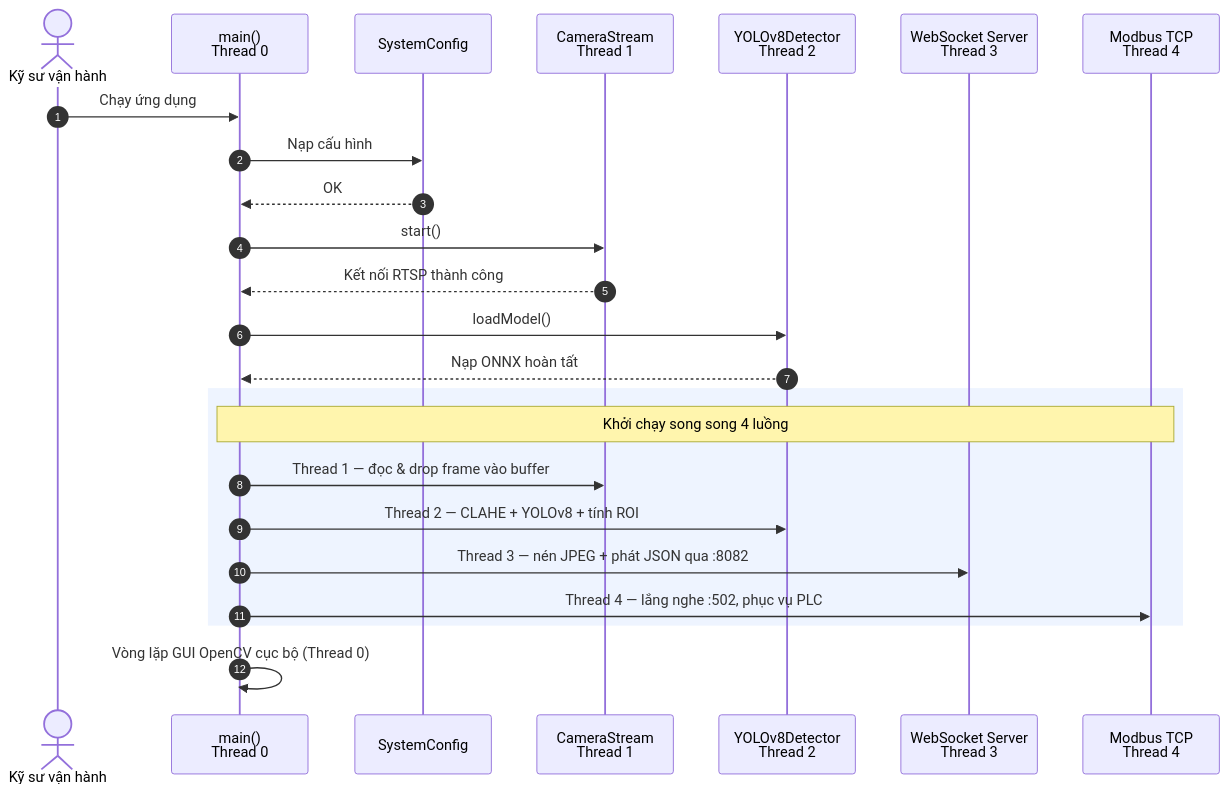
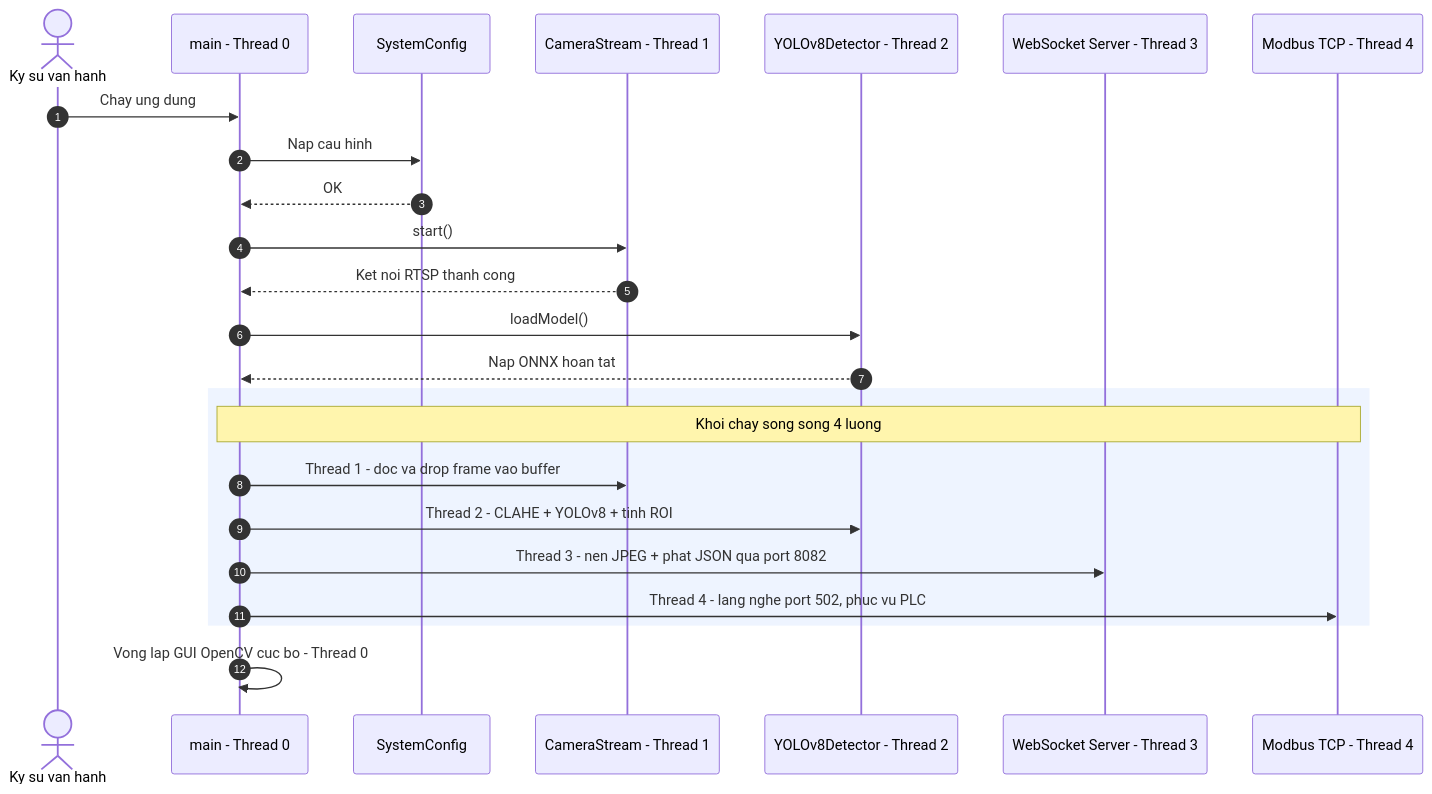
Before and after one commit to duchoang206/Machine-Vision-Tutorial: the third of 4 diagrams in README.md, drawn with Mermaid. The commit also changed other lines of this file, not shown here.

````diff
--- a/README.md
+++ b/README.md
@@ -259,31 +199,31 @@
 ```mermaid
 sequenceDiagram
     autonumber
-    actor Eng as Kỹ sư vận hành
-    participant Main as main()<br/>Thread 0
+    actor Eng as Ky su van hanh
+    participant Main as main - Thread 0
     participant Cfg as SystemConfig
-    participant Cam as CameraStream<br/>Thread 1
-    participant AI as YOLOv8Detector<br/>Thread 2
-    participant WS as WebSocket Server<br/>Thread 3
-    participant MB as Modbus TCP<br/>Thread 4
+    participant Cam as CameraStream - Thread 1
+    participant AI as YOLOv8Detector - Thread 2
+    participant WS as WebSocket Server - Thread 3
+    participant MB as Modbus TCP - Thread 4
 
-    Eng->>Main: Chạy ứng dụng
-    Main->>Cfg: Nạp cấu hình
+    Eng->>Main: Chay ung dung
+    Main->>Cfg: Nap cau hinh
     Cfg-->>Main: OK
 
     Main->>Cam: start()
-    Cam-->>Main: Kết nối RTSP thành công
+    Cam-->>Main: Ket noi RTSP thanh cong
 
     Main->>AI: loadModel()
-    AI-->>Main: Nạp ONNX hoàn tất
+    AI-->>Main: Nap ONNX hoan tat
 
     rect rgb(238, 244, 255)
-    Note over Main,MB: Khởi chạy song song 4 luồng
-    Main->>Cam: Thread 1 — đọc & drop frame vào buffer
-    Main->>AI: Thread 2 — CLAHE + YOLOv8 + tính ROI
-    Main->>WS: Thread 3 — nén JPEG + phát JSON qua :8082
-    Main->>MB: Thread 4 — lắng nghe :502, phục vụ PLC
+    Note over Main,MB: Khoi chay song song 4 luong
+    Main->>Cam: Thread 1 - doc va drop frame vao buffer
+    Main->>AI: Thread 2 - CLAHE + YOLOv8 + tinh ROI
+    Main->>WS: Thread 3 - nen JPEG + phat JSON qua port 8082
+    Main->>MB: Thread 4 - lang nghe port 502, phuc vu PLC
     end
 
-    Main->>Main: Vòng lặp GUI OpenCV cục bộ (Thread 0)
+    Main->>Main: Vong lap GUI OpenCV cuc bo - Thread 0
 ```
````
